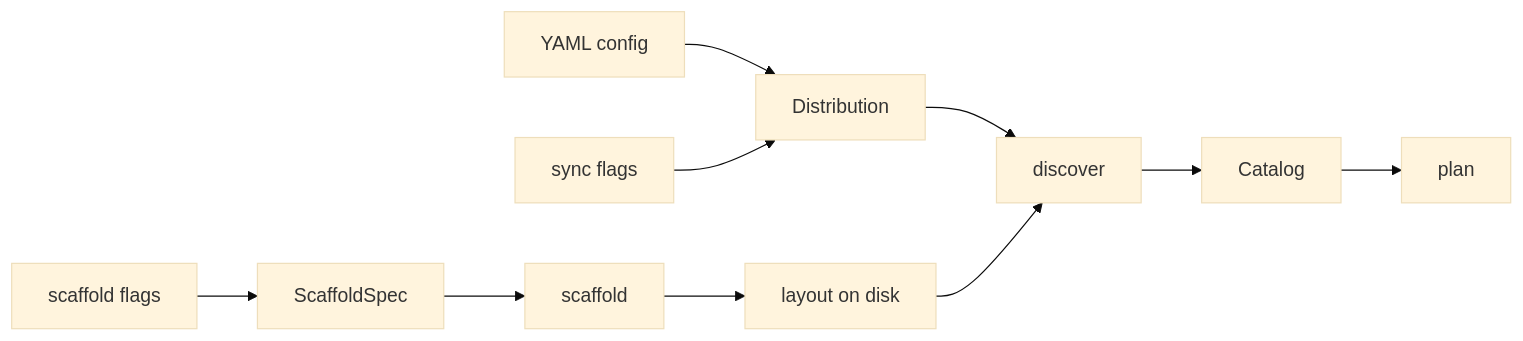
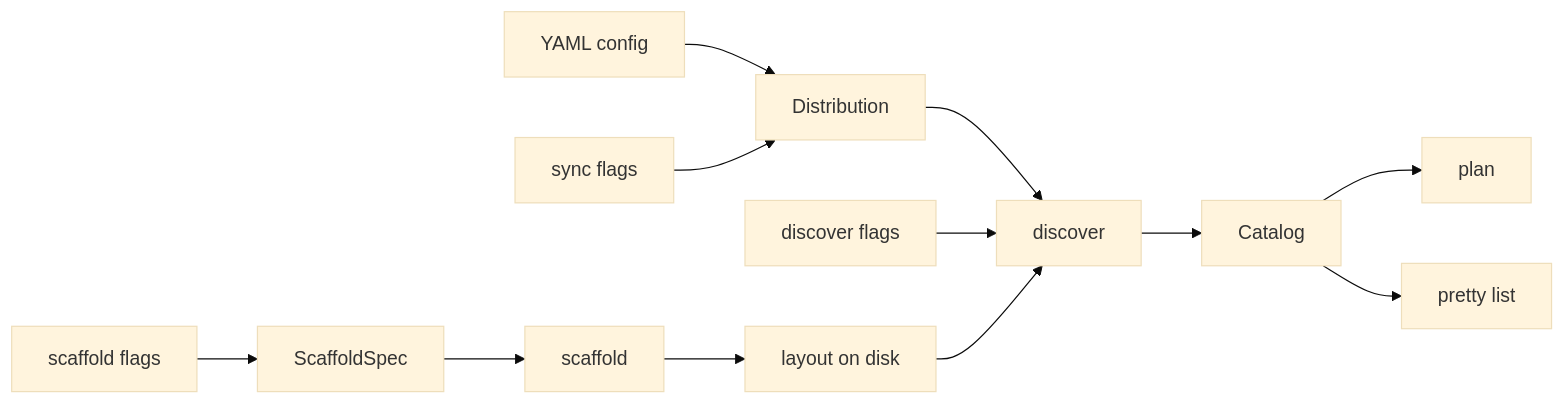
One commit to yliapis/agent-tool-box changed the first of 2 diagrams in docs/specs/domain-model.md. Above: the diagram before and after it, drawn with Mermaid (base theme). The commit also changed other lines of this file and 2 other files, not shown here.

First line of the commit message:
docs(specs): add atb discover verb spec

````diff
--- a/docs/specs/domain-model.md
+++ b/docs/specs/domain-model.md
@@ -19,12 +19,14 @@
 ```mermaid
 flowchart LR
   yaml[YAML config] --> dist[Distribution]
   flags[sync flags] --> dist
   dist --> discover
+  dflags[discover flags] --> discover
   discover --> catalog[Catalog]
   catalog --> plan
+  catalog --> listing[pretty list]
   sflags[scaffold flags] --> spec[ScaffoldSpec]
   spec --> scaffold
   scaffold --> disk[layout on disk]
   disk --> discover
 ```
````
